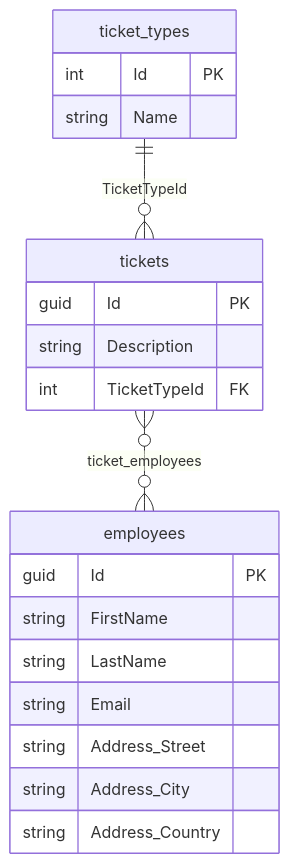
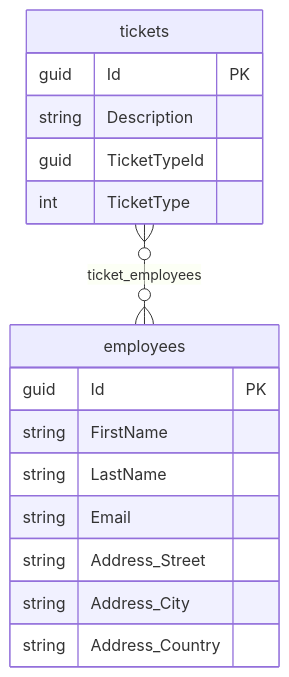
The third of 3 diagrams in Microservices-Events/docs/query/arquitectura.md (rubendevvalencia/BackendPortfolio), drawn with Mermaid before and after one commit. The commit also changed other lines of this file and 15 other files, not shown here.

````diff
--- a/Microservices-Events/docs/query/arquitectura.md
+++ b/Microservices-Events/docs/query/arquitectura.md
@@ -133,17 +157,15 @@
 ```mermaid
 erDiagram
-    ticket_types ||--o{ tickets : "TicketTypeId"
     tickets }o--o{ employees : "ticket_employees"
-    ticket_types { int Id PK
-        string Name }
     tickets { guid Id PK
         string Description
-        int TicketTypeId FK }
+        guid TicketTypeId
+        int TicketType }
     employees { guid Id PK
         string FirstName
         string LastName
         string Email
         string Address_Street
         string Address_City
         string Address_Country }
 ```
````
